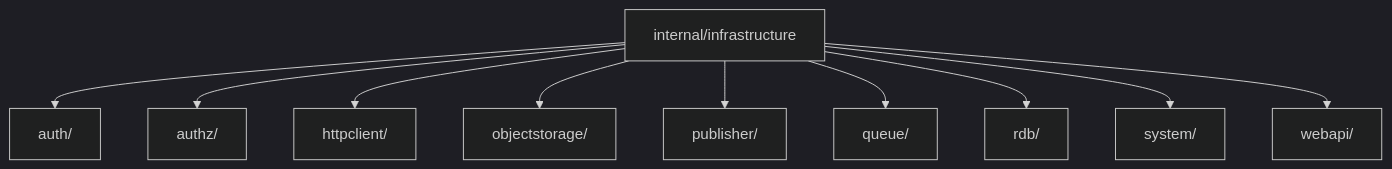
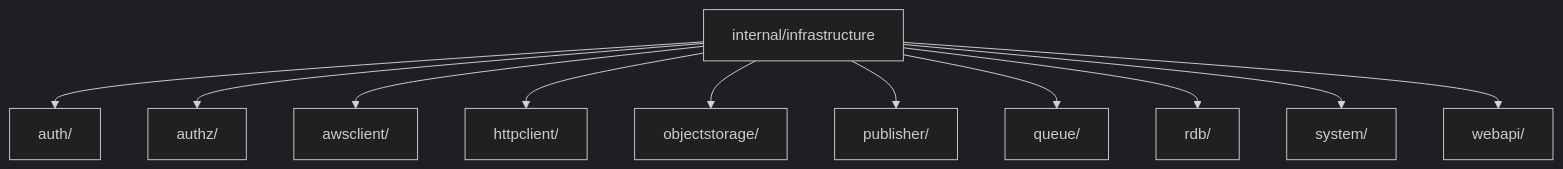
The fourth of 5 diagrams in internal/infrastructure/README.ja.md (Tomy-ch/go-boilerplate), drawn with Mermaid (dark theme) before and after one commit. The commit also changed other lines of this file and 1 other file, not shown here.

````diff
--- a/internal/infrastructure/README.ja.md
+++ b/internal/infrastructure/README.ja.md
@@ -123,23 +123,25 @@
 ```mermaid
 flowchart TB
     Root["internal/infrastructure"]
     Auth["auth/"]
     Authz["authz/"]
+    AwsClient["awsclient/"]
     HTTP["httpclient/"]
     ObjStorage["objectstorage/"]
     Pub["publisher/"]
     Queue["queue/"]
     RDB["rdb/"]
     Sys["system/"]
     Web["webapi/"]
 
     Root --> Auth
     Root --> Authz
+    Root --> AwsClient
     Root --> HTTP
     Root --> ObjStorage
     Root --> Pub
     Root --> Queue
     Root --> RDB
     Root --> Sys
     Root --> Web
 ```
````
